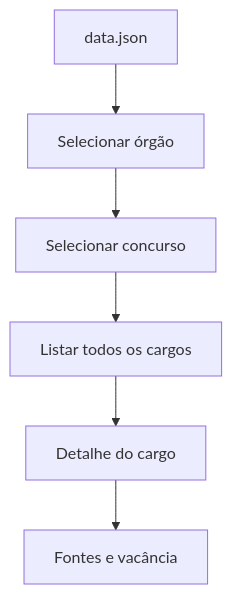
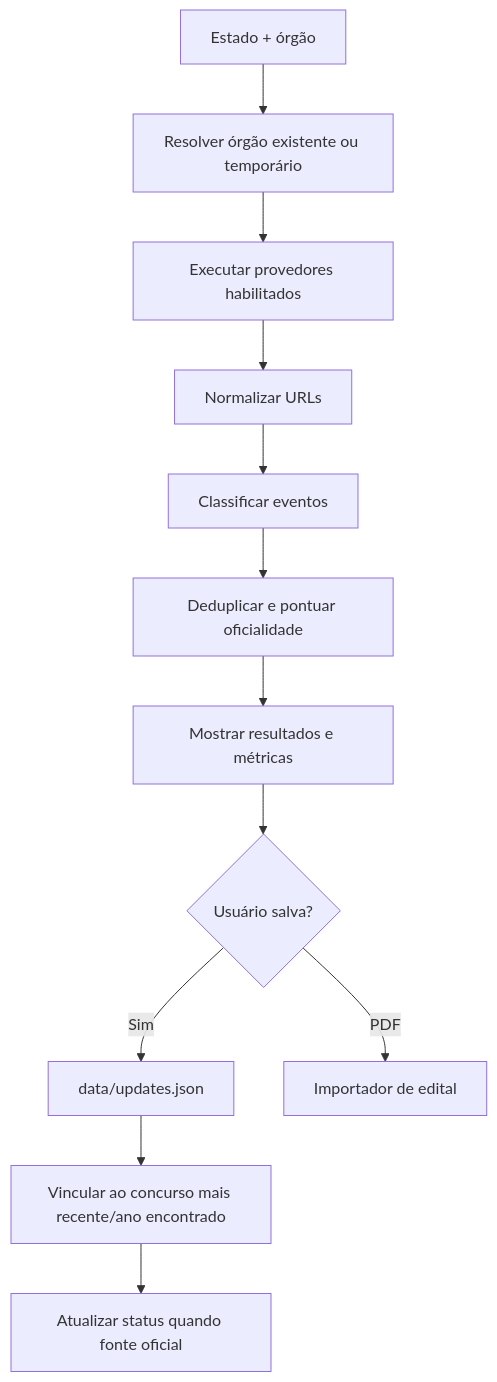
One commit to osmarrcs/radar-concursos-ti changed the second of 3 diagrams in documentation/architecture.md. Above: the diagram before and after it, drawn with Mermaid. The commit also changed other lines of this file and 35 other files, not shown here.

````diff
--- a/documentation/architecture.md
+++ b/documentation/architecture.md
@@ -35,8 +25,14 @@
 ```mermaid
 flowchart TD
-  J[data.json] --> O[Selecionar órgão]
-  O --> E[Selecionar concurso]
-  E --> R[Listar todos os cargos]
-  R --> X[Detalhe do cargo]
-  X --> F[Fontes e vacância]
+    A[Estado + órgão] --> B[Resolver órgão existente ou temporário]
+    B --> C[Executar provedores habilitados]
+    C --> D[Normalizar URLs]
+    D --> E[Classificar eventos]
+    E --> F[Deduplicar e pontuar oficialidade]
+    F --> G[Mostrar resultados e métricas]
+    G --> H{Usuário salva?}
+    H -- Sim --> I[data/updates.json]
+    I --> J[Vincular ao concurso mais recente/ano encontrado]
+    J --> K[Atualizar status quando fonte oficial]
+    H -- PDF --> L[Importador de edital]
 ```
````
